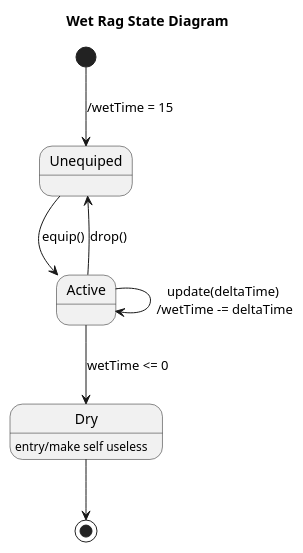
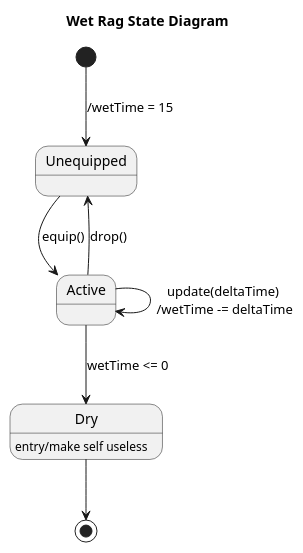
The diagram in docs/diagrams/state/rag-state.puml (sn4k3ch4rm3r/logarlec), drawn with PlantUML before and after one commit. The commit also changed 2 other files, not shown here.

```diff
--- a/docs/diagrams/state/rag-state.puml
+++ b/docs/diagrams/state/rag-state.puml
@@ -1,12 +1,12 @@
 @startuml rag
 title Wet Rag State Diagram
 
-[*] --> Unequiped: /wetTime = 15
-Unequiped --> Active: equip()
-Active --> Unequiped: drop()
+[*] --> Unequipped: /wetTime = 15
+Unequipped --> Active: equip()
+Active --> Unequipped: drop()
 Active --> Active: update(deltaTime) \n/wetTime -= deltaTime
 Active --> Dry: wetTime <= 0
 Dry --> [*]
 
 Dry: entry/make self useless
 @enduml
```
